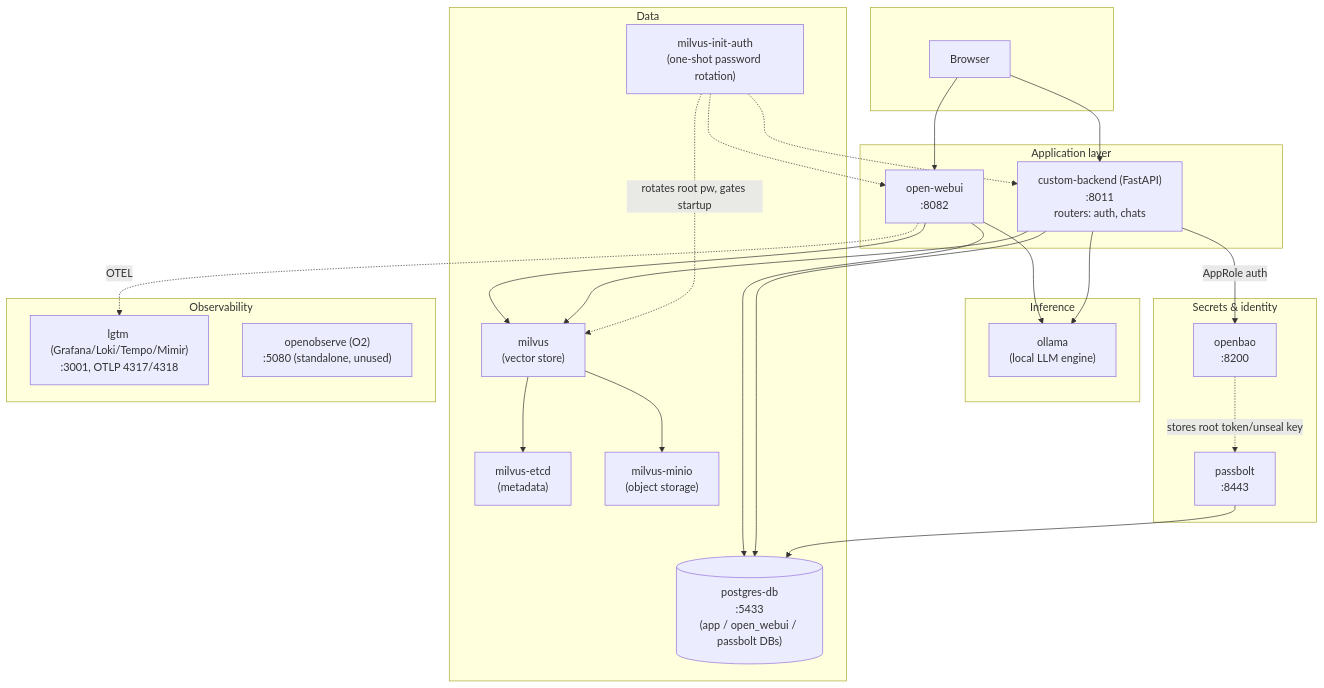
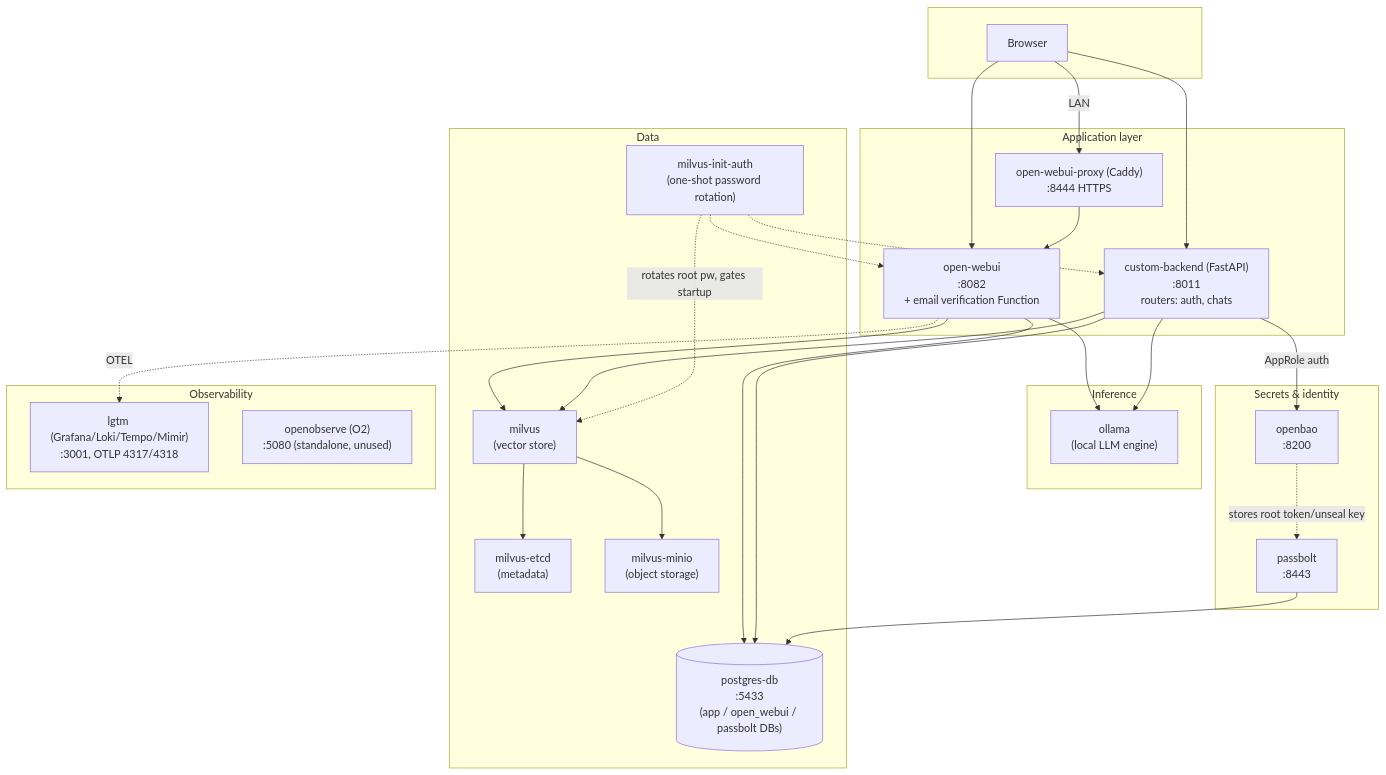
The diagram in README.md (akshatz/laptop-ai-backend), drawn with Mermaid before and after one commit. The commit also changed other lines of this file and 8 other files, not shown here.

Commit message:
Move signup email verification to an event Function; add HTTPS proxy

````diff
--- a/README.md
+++ b/README.md
@@ -7,55 +7,58 @@
 ```mermaid
 flowchart TB
     subgraph client[" "]
         browser["Browser"]
     end
 
     subgraph app["Application layer"]
-        webui["open-webui\n:8082"]
+        proxy["open-webui-proxy (Caddy)\n:8444 HTTPS"]
+        webui["open-webui\n:8082\n+ email verification Function"]
         backend["custom-backend (FastAPI)\n:8011\nrouters: auth, chats"]
     end
 
     subgraph inference["Inference"]
         ollama["ollama\n(local LLM engine)"]
     end
 
     subgraph data["Data"]
         postgres[("postgres-db\n:5433\n(app / open_webui / passbolt DBs)")]
         milvus["milvus\n(vector store)"]
         milvusEtcd["milvus-etcd\n(metadata)"]
         milvusMinio["milvus-minio\n(object storage)"]
         milvusInit["milvus-init-auth\n(one-shot password rotation)"]
     end
 
     subgraph secrets["Secrets & identity"]
         openbao["openbao\n:8200"]
         passbolt["passbolt\n:8443"]
     end
 
     subgraph observability["Observability"]
         lgtm["lgtm (Grafana/Loki/Tempo/Mimir)\n:3001, OTLP 4317/4318"]
         openobserve["openobserve (O2)\n:5080 (standalone, unused)"]
     end
 
     browser --> webui
+    browser -- LAN --> proxy
+    proxy --> webui
     browser --> backend
 
     webui --> ollama
     webui --> milvus
     webui --> postgres
     webui -. OTEL .-> lgtm
 
     backend --> ollama
     backend --> milvus
     backend --> postgres
     backend -- AppRole auth --> openbao
 
     milvus --> milvusEtcd
     milvus --> milvusMinio
     milvusInit -. rotates root pw, gates startup .-> milvus
     milvusInit -.-> webui
     milvusInit -.-> backend
 
     passbolt --> postgres
     openbao -. stores root token/unseal key .-> passbolt
 ```
````
